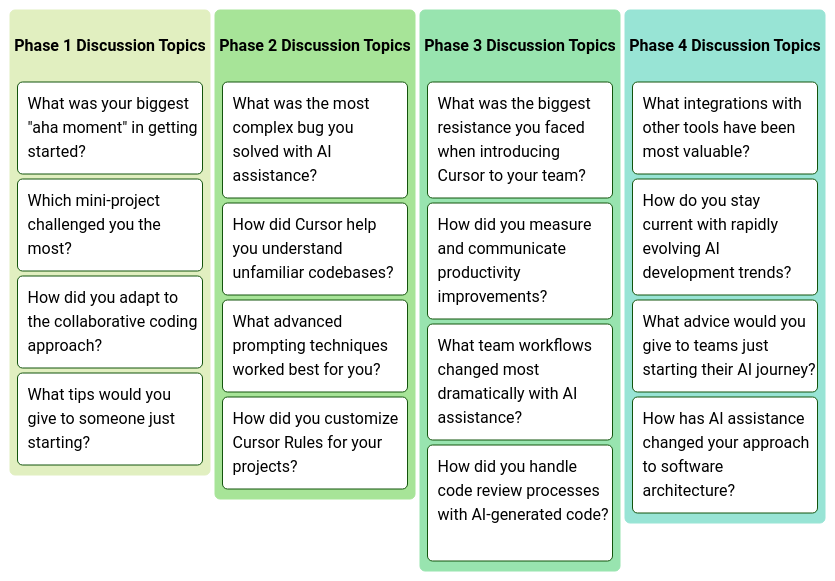
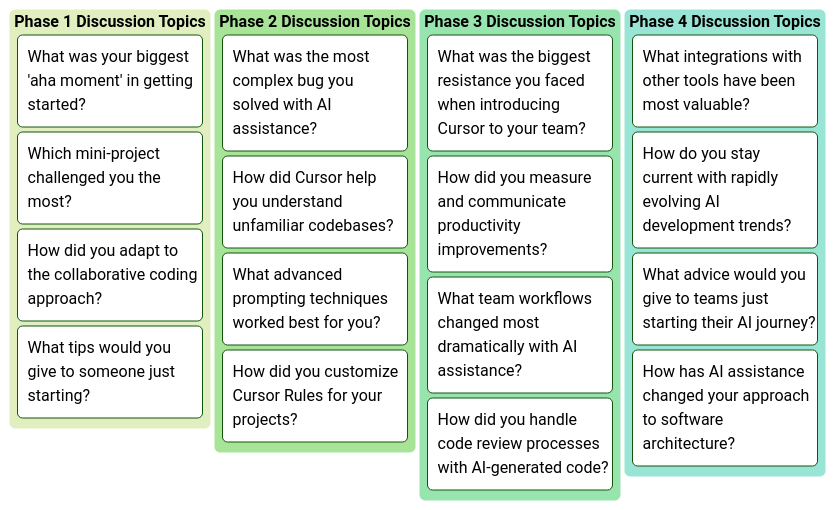
The fifth of 5 diagrams in _posts/2025-08-23-cursor-pro-zero-expert.md (sumahiremath/buildtales), drawn with Mermaid (forest theme) before and after one commit. The commit also changed other lines of this file, not shown here.

`````diff
--- a/_posts/2025-08-23-cursor-pro-zero-expert.md
+++ b/_posts/2025-08-23-cursor-pro-zero-expert.md
@@ -559,23 +549,23 @@
-````mermaid
+```mermaid
 kanban
-  <br>**Phase 1 Discussion Topics**<br>  <br>
-    What was your biggest "aha moment" in getting started?
-    Which mini-project challenged you the most?
-    How did you adapt to the collaborative coding approach?
-    What tips would you give to someone just starting?
-  <br>**Phase 2 Discussion Topics**<br>  <br>
-      What was the most complex bug you solved with AI assistance?
-      How did Cursor help you understand unfamiliar codebases?
-      What advanced prompting techniques worked best for you?
-      How did you customize Cursor Rules for your projects?
-  <br>**Phase 3 Discussion Topics**<br> <br>
-      What was the biggest resistance you faced when introducing Cursor to your team?
-      How did you measure and communicate productivity improvements?
-      What team workflows changed most dramatically with AI assistance?
-      How did you handle code review processes with AI-generated code?  
-  <br>**Phase 4 Discussion Topics**<br> <br>
-      What integrations with other tools have been most valuable?
-      How do you stay current with rapidly evolving AI development trends?
-      What advice would you give to teams just starting their AI journey?
-      How has AI assistance changed your approach to software architecture?
-````
+  **Phase 1 Discussion Topics**
+    ["What was your biggest 'aha moment' in getting started?"]
+    ["Which mini-project challenged you the most?"]
+    ["How did you adapt to the collaborative coding approach?"]
+    ["What tips would you give to someone just starting?"]
+  **Phase 2 Discussion Topics**
+    ["What was the most complex bug you solved with AI assistance?"]
+    ["How did Cursor help you understand unfamiliar codebases?"]
+    ["What advanced prompting techniques worked best for you?"]
+    ["How did you customize Cursor Rules for your projects?"]
+  **Phase 3 Discussion Topics**
+    ["What was the biggest resistance you faced when introducing Cursor to your team?"]
+    ["How did you measure and communicate productivity improvements?"]
+    ["What team workflows changed most dramatically with AI assistance?"]
+    ["How did you handle code review processes with AI-generated code?"]
+  **Phase 4 Discussion Topics**
+    ["What integrations with other tools have been most valuable?"]
+    ["How do you stay current with rapidly evolving AI development trends?"]
+    ["What advice would you give to teams just starting their AI journey?"]
+    ["How has AI assistance changed your approach to software architecture?"]
+```
`````
